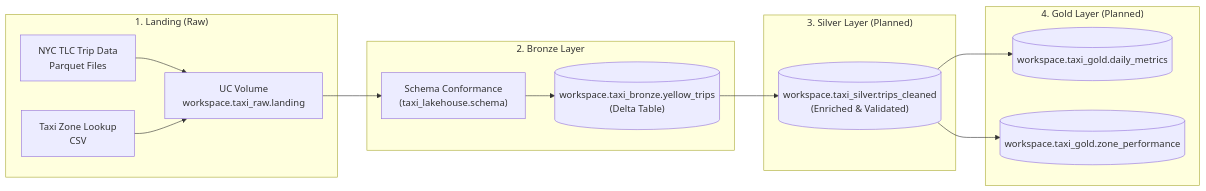
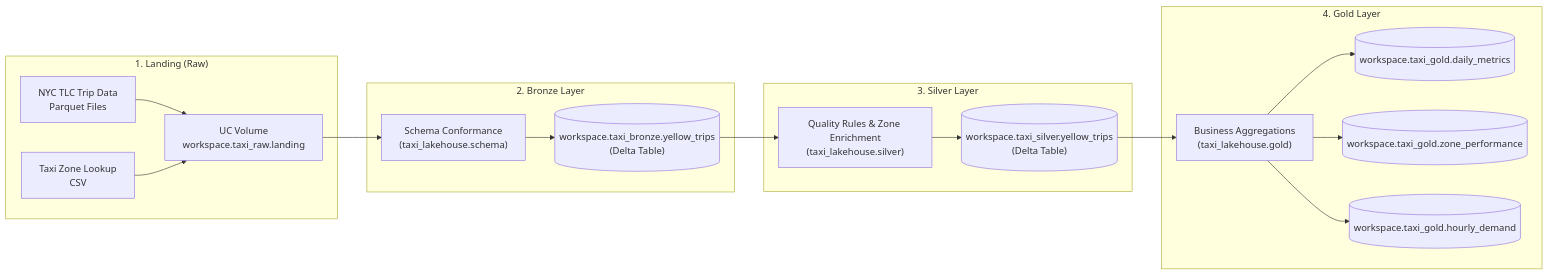
One commit to YahyaGhallali/nyc_taxi-DB-DE changed the diagram in README.md. Above: the diagram before and after it, drawn with Mermaid. The commit also changed other lines of this file and 7 other files, not shown here.

Commit message:
gold & silver tests

````diff
--- a/README.md
+++ b/README.md
@@ -17,21 +17,24 @@
 ```mermaid
 flowchart LR
     subgraph Ingestion ["1. Landing (Raw)"]
         A[NYC TLC Trip Data\nParquet Files] --> V["UC Volume\nworkspace.taxi_raw.landing"]
         Z[Taxi Zone Lookup\nCSV] --> V
     end
 
     subgraph BronzeLayer ["2. Bronze Layer"]
         V --> T["Schema Conformance\n(taxi_lakehouse.schema)"]
         T --> B[("workspace.taxi_bronze.yellow_trips\n(Delta Table)")]
     end
 
-    subgraph SilverLayer ["3. Silver Layer (Planned)"]
-        B --> S[("workspace.taxi_silver.trips_cleaned\n(Enriched & Validated)")]
+    subgraph SilverLayer ["3. Silver Layer"]
+        B --> S1["Quality Rules & Zone Enrichment\n(taxi_lakehouse.silver)"]
+        S1 --> S[("workspace.taxi_silver.yellow_trips\n(Delta Table)")]
     end
 
-    subgraph GoldLayer ["4. Gold Layer (Planned)"]
-        S --> G1[("workspace.taxi_gold.daily_metrics")]
-        S --> G2[("workspace.taxi_gold.zone_performance")]
+    subgraph GoldLayer ["4. Gold Layer"]
+        S --> G0["Business Aggregations\n(taxi_lakehouse.gold)"]
+        G0 --> G1[("workspace.taxi_gold.daily_metrics")]
+        G0 --> G2[("workspace.taxi_gold.zone_performance")]
+        G0 --> G3[("workspace.taxi_gold.hourly_demand")]
     end
 ```
````
